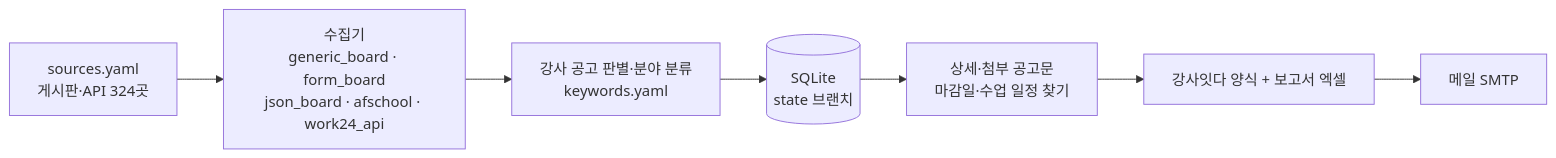
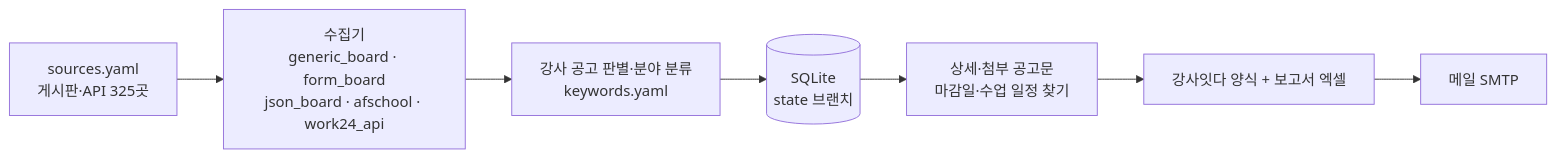
One commit to thskal17-sudo/busan-school-company changed the diagram in docs/DESIGN.md. Above: the diagram before and after it, drawn with Mermaid. The commit also changed other lines of this file and 5 other files, not shown here.

````diff
--- a/docs/DESIGN.md
+++ b/docs/DESIGN.md
@@ -29,9 +29,9 @@
 ```mermaid
 flowchart LR
-    S[sources.yaml<br/>게시판·API 324곳] --> C[수집기<br/>generic_board · form_board<br/>json_board · afschool · work24_api]
+    S[sources.yaml<br/>게시판·API 325곳] --> C[수집기<br/>generic_board · form_board<br/>json_board · afschool · work24_api]
     C --> F[강사 공고 판별·분야 분류<br/>keywords.yaml]
     F --> D[(SQLite<br/>state 브랜치)]
     D --> I[상세·첨부 공고문<br/>마감일·수업 일정 찾기]
     I --> X[강사잇다 양식 + 보고서 엑셀]
     X --> M[메일 SMTP]
 ```
````
